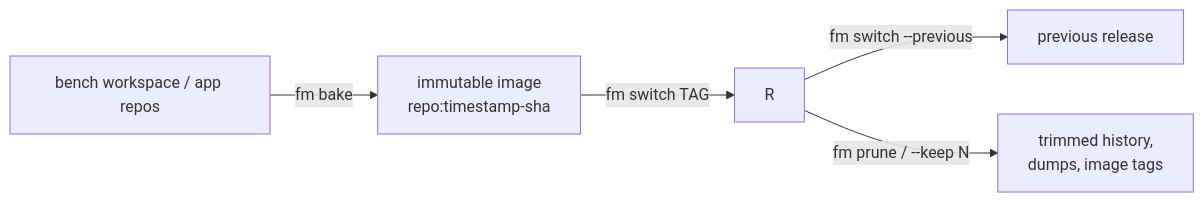
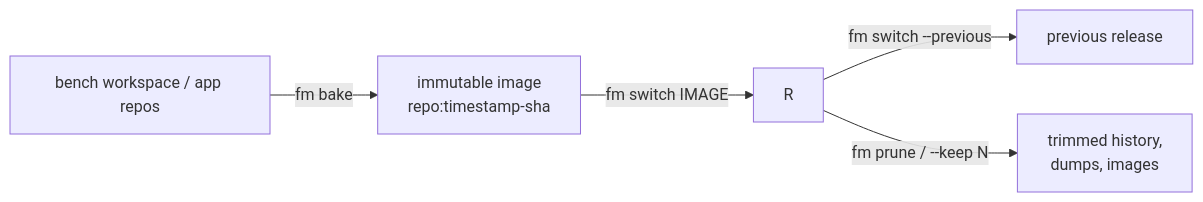
One commit to rtCamp/Frappe-Manager changed the first of 3 diagrams in docs/deploy/index.md. Above: the diagram before and after it, drawn with Mermaid. The commit also changed other lines of this file and 36 other files, not shown here.

````diff
--- a/docs/deploy/index.md
+++ b/docs/deploy/index.md
@@ -61,7 +61,7 @@
 ```mermaid
 flowchart LR
     W[bench workspace / app repos] -->|fm bake| I[immutable image\nrepo:timestamp-sha]
-    I -->|fm switch TAG| R
+    I -->|fm switch IMAGE| R
     R -->|fm switch --previous| P[previous release]
-    R -->|fm prune / --keep N| H[trimmed history,\ndumps, image tags]
+    R -->|fm prune / --keep N| H[trimmed history,\ndumps, images]
 ```
````
